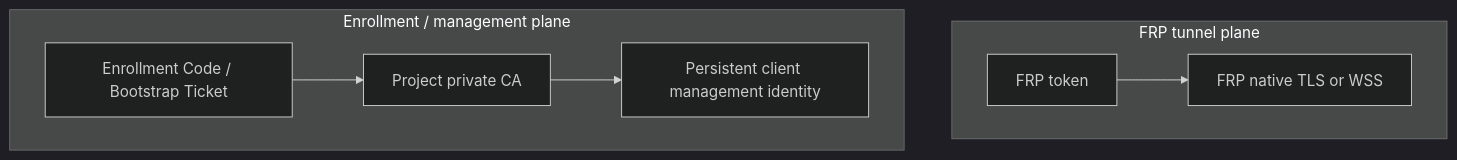
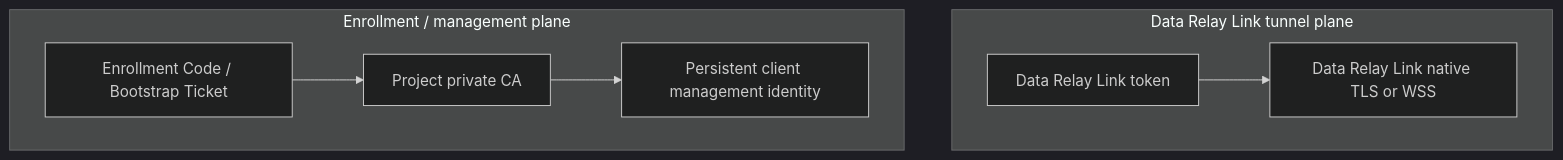
Before and after one commit to datarelay-labs/data-relay-link-docs: the first of 3 diagrams in security/overview.mdx, drawn with Mermaid (dark theme). The commit also changed other lines of this file and 36 other files, not shown here.

````diff
--- a/security/overview.mdx
+++ b/security/overview.mdx
@@ -12,16 +12,16 @@
 ```mermaid
 flowchart TB
-    subgraph TUNNEL[FRP tunnel plane]
-      FT[FRP token]
-      FC[FRP native TLS or WSS]
+    subgraph TUNNEL[Data Relay Link tunnel plane]
+      FT[Data Relay Link token]
+      FC[Data Relay Link native TLS or WSS]
     end
 
     subgraph MGMT[Enrollment / management plane]
       EC[Enrollment Code / Bootstrap Ticket]
       CA[Project private CA]
       MI[Persistent client management identity]
     end
 
     EC --> CA --> MI
     FT --> FC
 ```
````
